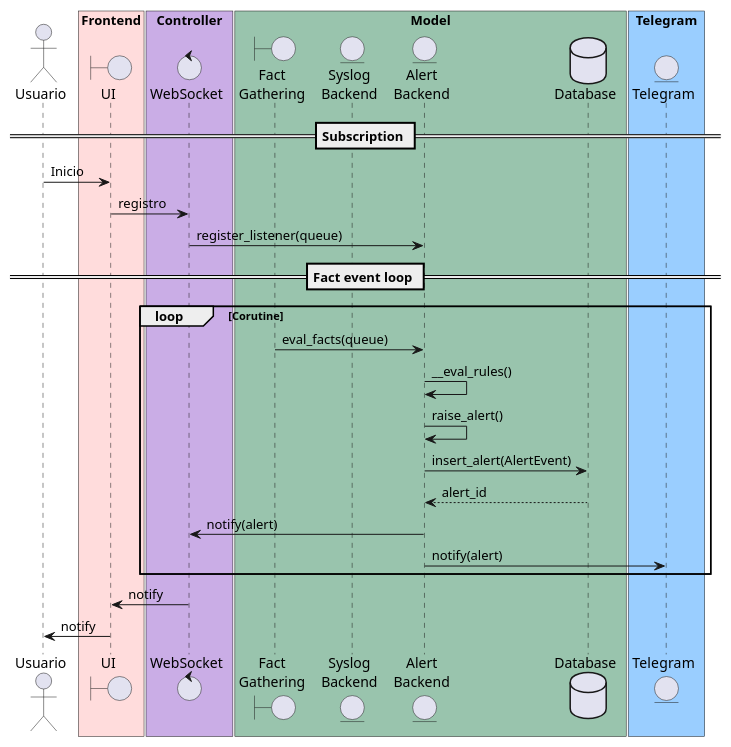
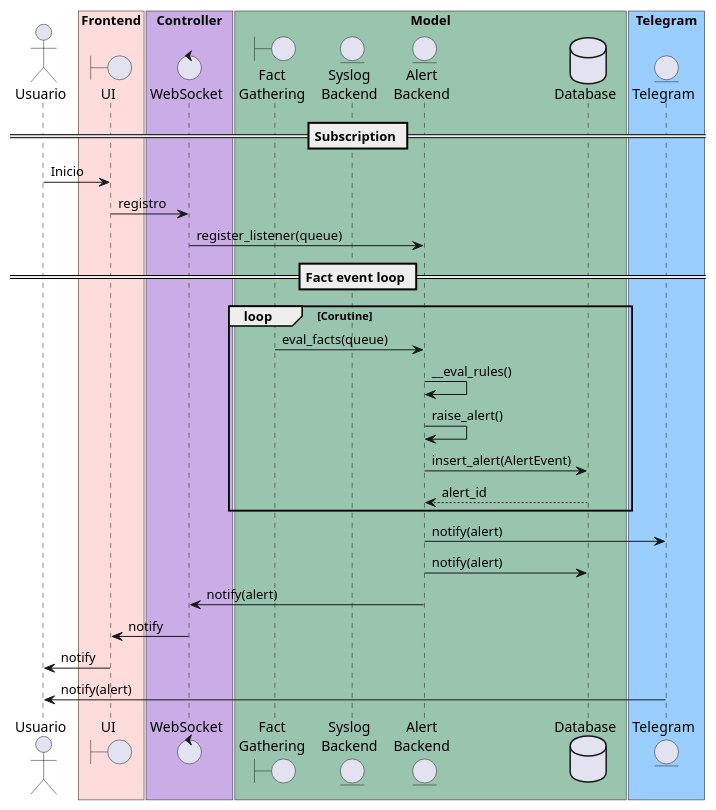
One commit to hector-ramirez-cano/Analytics changed the diagram in docs/uml/real_time_alerts.puml. Above: the diagram before and after it, drawn with PlantUML.

```diff
--- a/docs/uml/real_time_alerts.puml
+++ b/docs/uml/real_time_alerts.puml
@@ -1,44 +1,48 @@
 @startuml realTimeAlerts
 
 actor "Usuario" as User
 box "Frontend" #ffdcdcff
 boundary "UI" as UI
 end box
 
 ' Define controller and model lifelines
 ' Backend
 box "Controller" #caade6ff
 control "WebSocket" as WebSocket
 end box
 
 box "Model" #99c4ad
 boundary "Fact\nGathering" as FactGatheringBackend
 entity "Syslog\nBackend" as SyslogBackend
 entity "Alert\nBackend" as AlertBackend
 Database "Database" as Database
 end box
 
 
 box "Telegram"  #9aceffff
 entity Telegram as Telegram
 end box
 
 == Subscription ==
 User -> UI : Inicio
 UI -> WebSocket : registro
 WebSocket -> AlertBackend : register_listener(queue)
 
 == Fact event loop ==
 loop Corutine
     FactGatheringBackend -> AlertBackend : eval_facts(queue)
     AlertBackend -> AlertBackend : __eval_rules()
     AlertBackend -> AlertBackend : raise_alert()
     AlertBackend -> Database : insert_alert(AlertEvent)
     Database --> AlertBackend : alert_id
-    AlertBackend -> WebSocket : notify(alert)
-    AlertBackend -> Telegram : notify(alert)
+
 end
+
+AlertBackend -> Telegram : notify(alert)
+AlertBackend -> Database : notify(alert)
+AlertBackend -> WebSocket : notify(alert)
 WebSocket -> UI : notify
 UI -> User : notify
 
+Telegram -> User : notify(alert)
 @enduml
```
